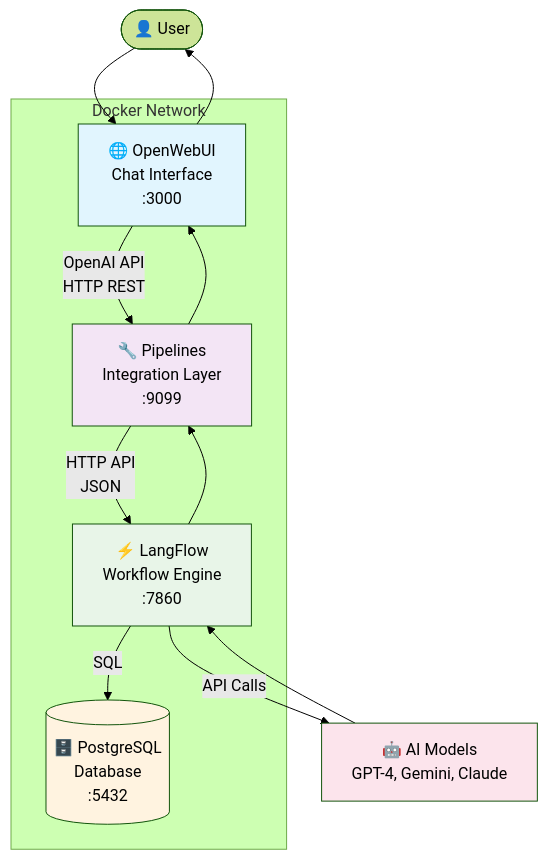
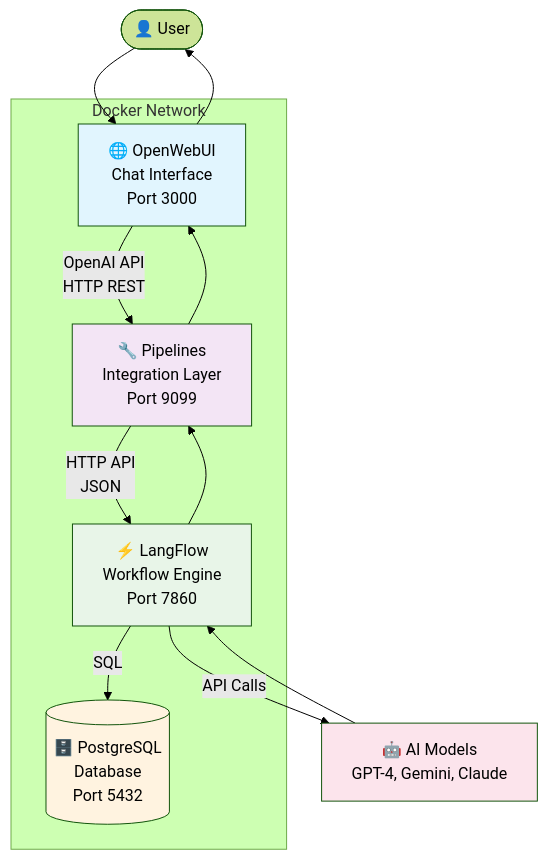
Before and after one commit to pawelrosada/openwebui-workflow-hub: the first of 2 diagrams in README.md, drawn with Mermaid (forest theme). The commit also changed other lines of this file and 1 other file, not shown here.

Commit message:
Fix Mermaid diagrams rendering by improving syntax compatibility

````diff
--- a/README.md
+++ b/README.md
@@ -27,36 +27,36 @@
 ```mermaid
 graph TB
-    User([👤 User]) --> OpenWebUI[🌐 OpenWebUI<br/>Chat Interface<br/>:3000]
+    User([👤 User]) --> OpenWebUI["🌐 OpenWebUI<br/>Chat Interface<br/>Port 3000"]
     
-    OpenWebUI --> |OpenAI API<br/>HTTP REST| Pipelines[🔧 Pipelines<br/>Integration Layer<br/>:9099]
+    OpenWebUI --> |"OpenAI API<br/>HTTP REST"| Pipelines["🔧 Pipelines<br/>Integration Layer<br/>Port 9099"]
     
-    Pipelines --> |HTTP API<br/>JSON| LangFlow[⚡ LangFlow<br/>Workflow Engine<br/>:7860]
+    Pipelines --> |"HTTP API<br/>JSON"| LangFlow["⚡ LangFlow<br/>Workflow Engine<br/>Port 7860"]
     
-    LangFlow --> |SQL| PostgreSQL[(🗄️ PostgreSQL<br/>Database<br/>:5432)]
+    LangFlow --> |SQL| PostgreSQL[("🗄️ PostgreSQL<br/>Database<br/>Port 5432")]
     
-    LangFlow --> |API Calls| AIModels[🤖 AI Models<br/>GPT-4, Gemini, Claude]
+    LangFlow --> |"API Calls"| AIModels["🤖 AI Models<br/>GPT-4, Gemini, Claude"]
     
     AIModels --> LangFlow
     LangFlow --> Pipelines
     Pipelines --> OpenWebUI
     OpenWebUI --> User
     
-    subgraph "Docker Network"
+    subgraph DockerNet ["Docker Network"]
         OpenWebUI
         Pipelines
         LangFlow
         PostgreSQL
     end
     
     classDef frontend fill:#e1f5fe
     classDef integration fill:#f3e5f5
     classDef workflow fill:#e8f5e8
     classDef database fill:#fff3e0
     classDef external fill:#fce4ec
     
     class OpenWebUI frontend
     class Pipelines integration
     class LangFlow workflow
     class PostgreSQL database
     class AIModels external
 ```
````
